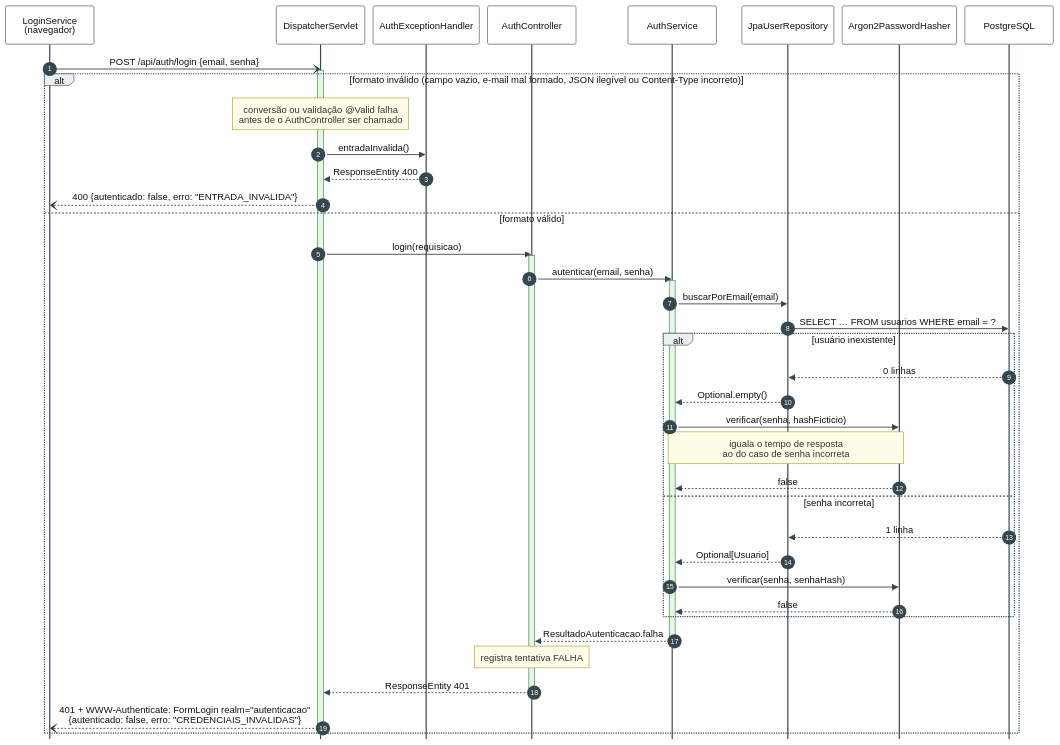
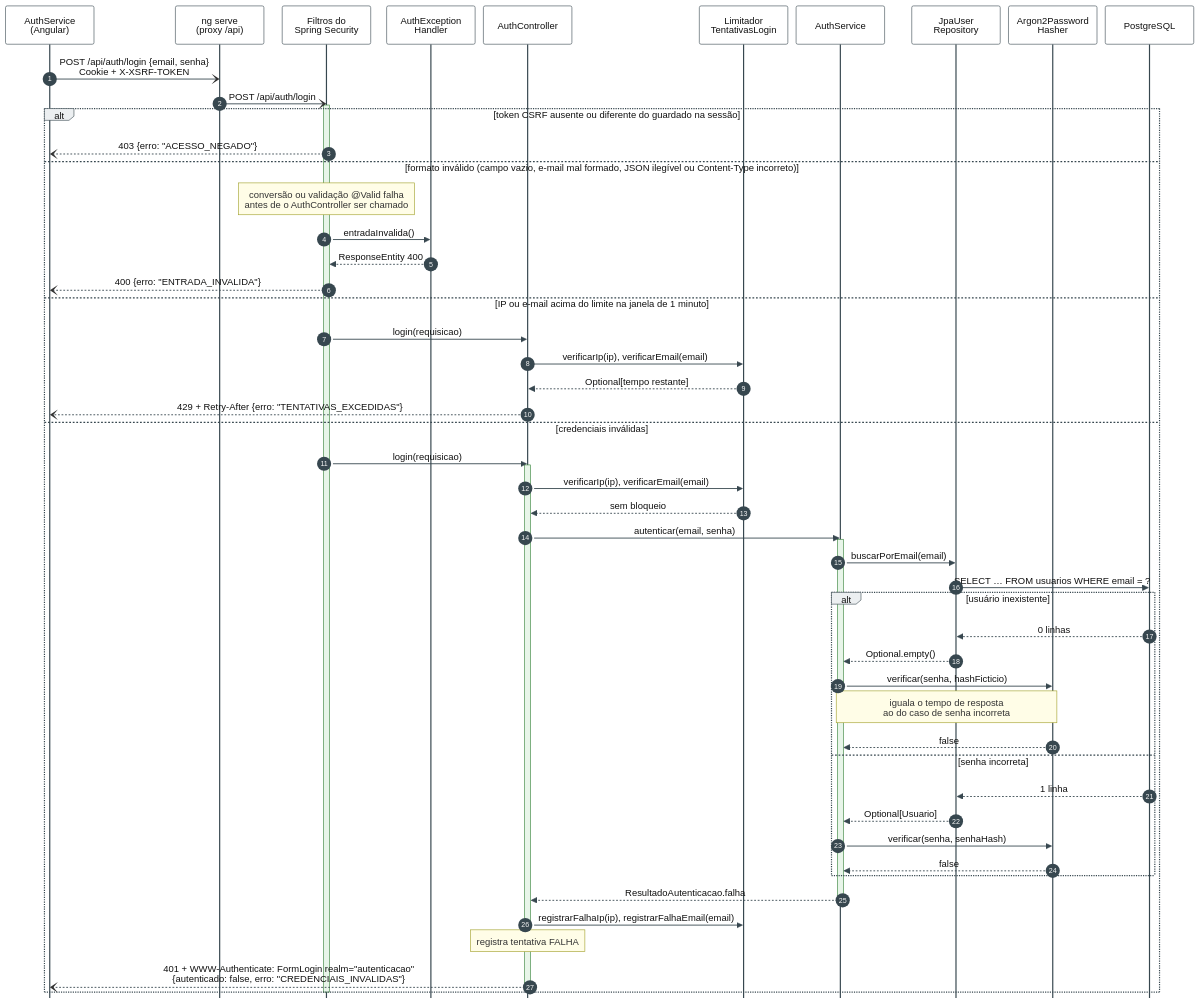
One commit to claudioferreira23/software-autenticacao-web changed the diagram in docs/diagramas/fig-2.6-sequencia-falhas.mmd. Above: the diagram before and after it, drawn with Mermaid. The commit also changed 5 other files, not shown here.

First line of the commit message:
docs: atualiza diagramas para cadastro, sessão, CSRF e limite de tentativas

```diff
--- a/docs/diagramas/fig-2.6-sequencia-falhas.mmd
+++ b/docs/diagramas/fig-2.6-sequencia-falhas.mmd
@@ -1,46 +1,58 @@
 %%{init: {"theme":"base","themeVariables":{"fontFamily":"DejaVu Sans, Arial, sans-serif","fontSize":"15px","actorBkg":"#FFFFFF","actorBorder":"#37474F","actorTextColor":"#111111","signalColor":"#37474F","signalTextColor":"#111111","noteBkgColor":"#FFFDE7","noteBorderColor":"#9E9D24","activationBkgColor":"#E8F5E9","activationBorderColor":"#2E7D32","labelBoxBkgColor":"#ECEFF1","labelBoxBorderColor":"#37474F","loopTextColor":"#111111"},"sequence":{"mirrorActors":false,"showSequenceNumbers":true,"actorMargin":14,"messageMargin":24,"boxMargin":8}}}%%
 sequenceDiagram
     autonumber
-    participant LS as LoginService<br/>(navegador)
-    participant DS as DispatcherServlet
-    participant EH as AuthExceptionHandler
+    participant FA as AuthService<br/>(Angular)
+    participant PX as ng serve<br/>(proxy /api)
+    participant SF as Filtros do<br/>Spring Security
+    participant EH as AuthException<br/>Handler
     participant CT as AuthController
+    participant LM as Limitador<br/>TentativasLogin
     participant SV as AuthService
-    participant RP as JpaUserRepository
-    participant PH as Argon2PasswordHasher
+    participant RP as JpaUser<br/>Repository
+    participant PH as Argon2Password<br/>Hasher
     participant DB as PostgreSQL
 
-    LS-)DS: POST /api/auth/login {email, senha}
-    activate DS
-    alt formato inválido (campo vazio, e-mail mal formado, JSON ilegível ou Content-Type incorreto)
-        Note over DS: conversão ou validação @Valid falha<br/>antes de o AuthController ser chamado
-        DS->>EH: entradaInvalida()
-        EH-->>DS: ResponseEntity 400
-        DS--)LS: 400 {autenticado: false, erro: "ENTRADA_INVALIDA"}
-    else formato válido
-        DS->>CT: login(requisicao)
+    FA-)PX: POST /api/auth/login {email, senha}<br/>Cookie + X-XSRF-TOKEN
+    PX-)SF: POST /api/auth/login
+    activate SF
+    alt token CSRF ausente ou diferente do guardado na sessão
+        SF--)FA: 403 {erro: "ACESSO_NEGADO"}
+    else formato inválido (campo vazio, e-mail mal formado, JSON ilegível ou Content-Type incorreto)
+        Note over SF: conversão ou validação @Valid falha<br/>antes de o AuthController ser chamado
+        SF->>EH: entradaInvalida()
+        EH-->>SF: ResponseEntity 400
+        SF--)FA: 400 {erro: "ENTRADA_INVALIDA"}
+    else IP ou e-mail acima do limite na janela de 1 minuto
+        SF->>CT: login(requisicao)
+        CT->>LM: verificarIp(ip), verificarEmail(email)
+        LM-->>CT: Optional[tempo restante]
+        CT--)FA: 429 + Retry-After {erro: "TENTATIVAS_EXCEDIDAS"}
+    else credenciais inválidas
+        SF->>CT: login(requisicao)
         activate CT
+        CT->>LM: verificarIp(ip), verificarEmail(email)
+        LM-->>CT: sem bloqueio
         CT->>SV: autenticar(email, senha)
         activate SV
         SV->>RP: buscarPorEmail(email)
         RP->>DB: SELECT … FROM usuarios WHERE email = ?
         alt usuário inexistente
             DB-->>RP: 0 linhas
             RP-->>SV: Optional.empty()
             SV->>PH: verificar(senha, hashFicticio)
             Note over SV,PH: iguala o tempo de resposta<br/>ao do caso de senha incorreta
             PH-->>SV: false
         else senha incorreta
             DB-->>RP: 1 linha
             RP-->>SV: Optional[Usuario]
             SV->>PH: verificar(senha, senhaHash)
             PH-->>SV: false
         end
         SV-->>CT: ResultadoAutenticacao.falha
         deactivate SV
+        CT->>LM: registrarFalhaIp(ip), registrarFalhaEmail(email)
         Note over CT: registra tentativa FALHA
-        CT-->>DS: ResponseEntity 401
+        CT--)FA: 401 + WWW-Authenticate: FormLogin realm="autenticacao"<br/>{autenticado: false, erro: "CREDENCIAIS_INVALIDAS"}
         deactivate CT
-        DS--)LS: 401 + WWW-Authenticate: FormLogin realm="autenticacao"<br/>{autenticado: false, erro: "CREDENCIAIS_INVALIDAS"}
     end
-    deactivate DS
+    deactivate SF
```
